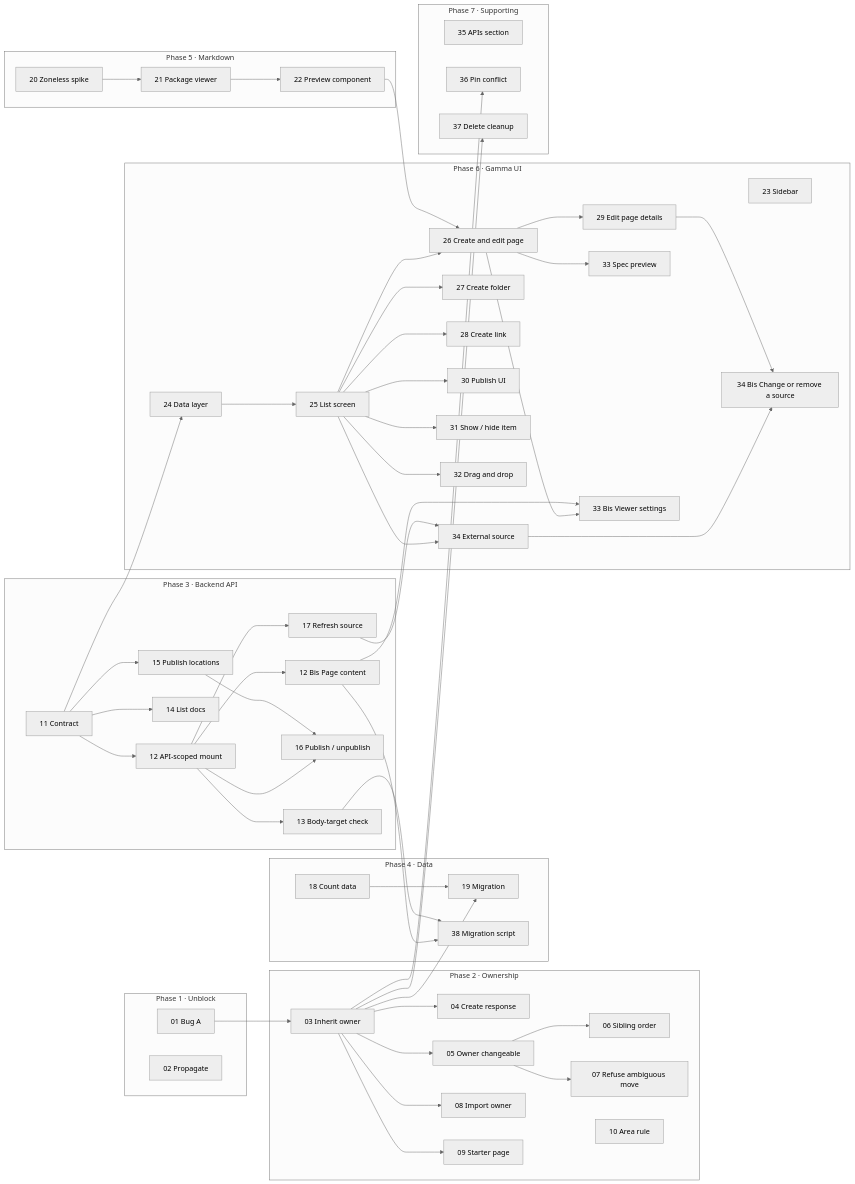
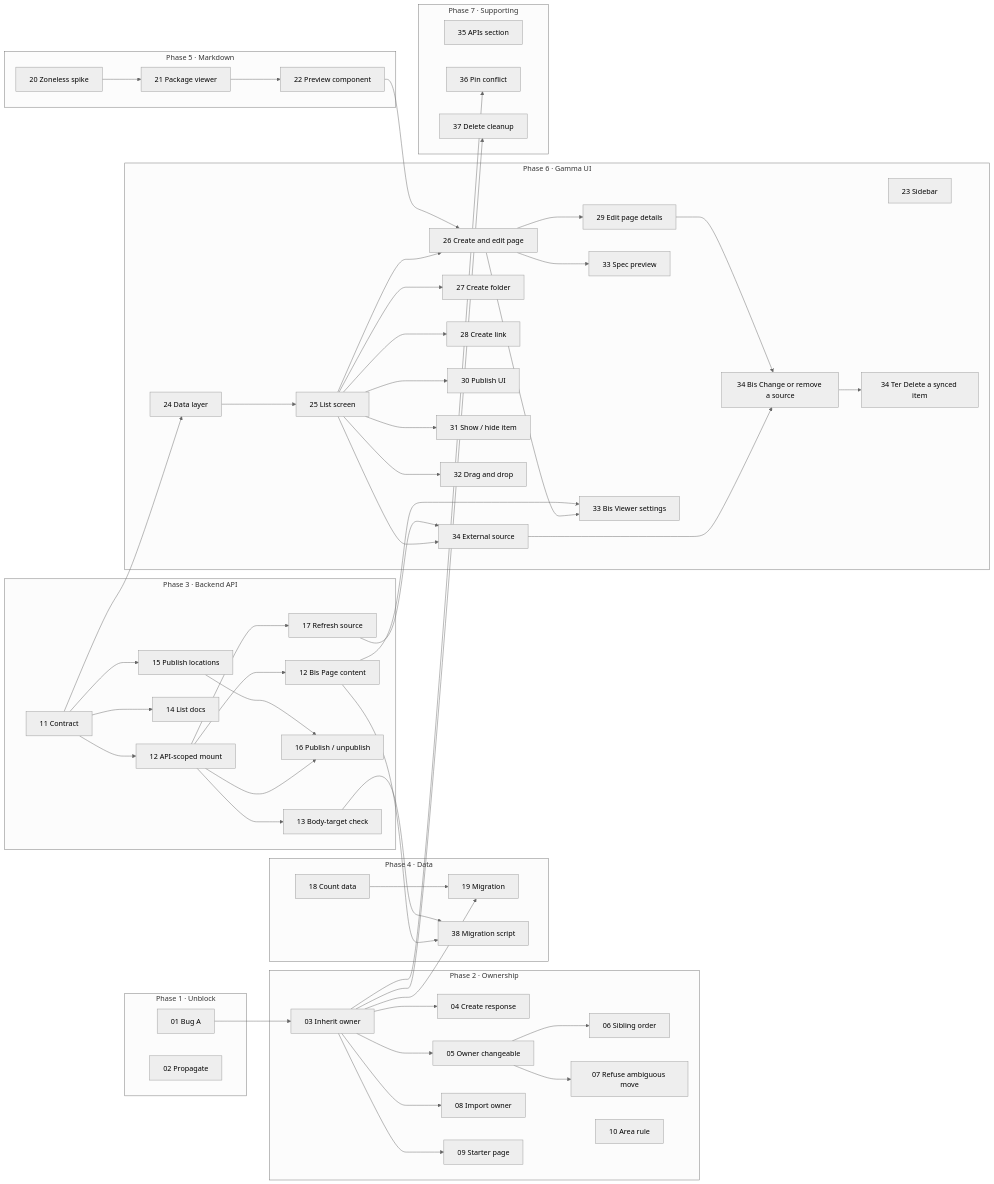
One commit to gravitee-io/gravitee-api-management changed the third of 3 diagrams in plans/PLAN.md. Above: the diagram before and after it, drawn with Mermaid (neutral theme). The commit also changed other lines of this file, not shown here.

First line of the commit message:
docs: add STORY-34 Ter, deleting a synced item directly, to the API docs plan

````diff
--- a/plans/PLAN.md
+++ b/plans/PLAN.md
@@ -1537,6 +1557,7 @@
         S33B["33 Bis Viewer settings"]
         S34["34 External source"]
         S34B["34 Bis Change or remove a source"]
+        S34T["34 Ter Delete a synced item"]
     end
     subgraph P7 ["Phase 7 · Supporting"]
         S35["35 APIs section"]
@@ -1584,4 +1605,5 @@
     S17 --> S34
     S34 --> S34B
     S29 --> S34B
+    S34B --> S34T
 ```
````
